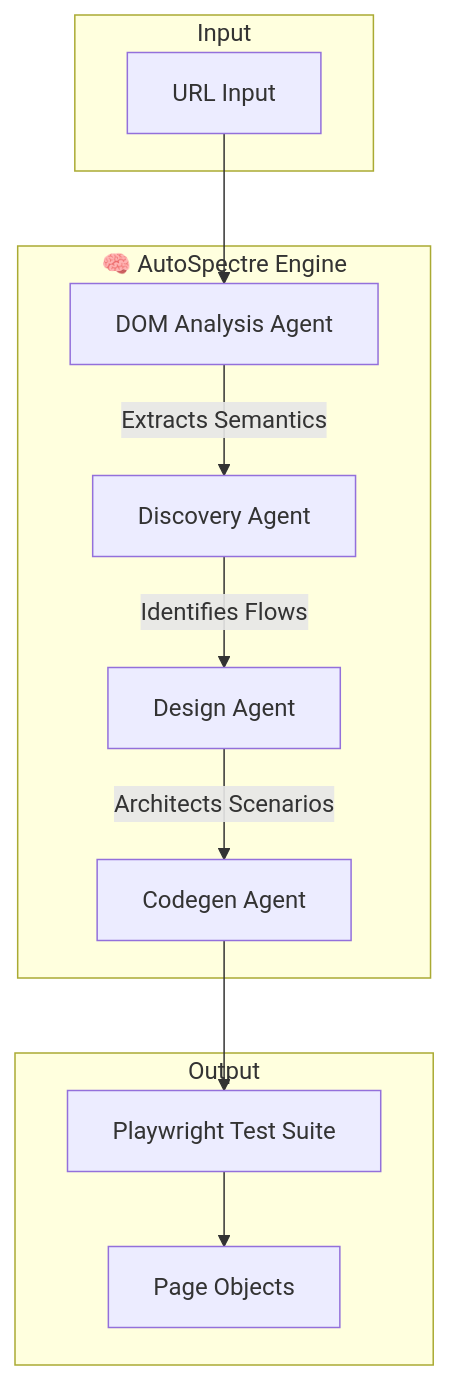
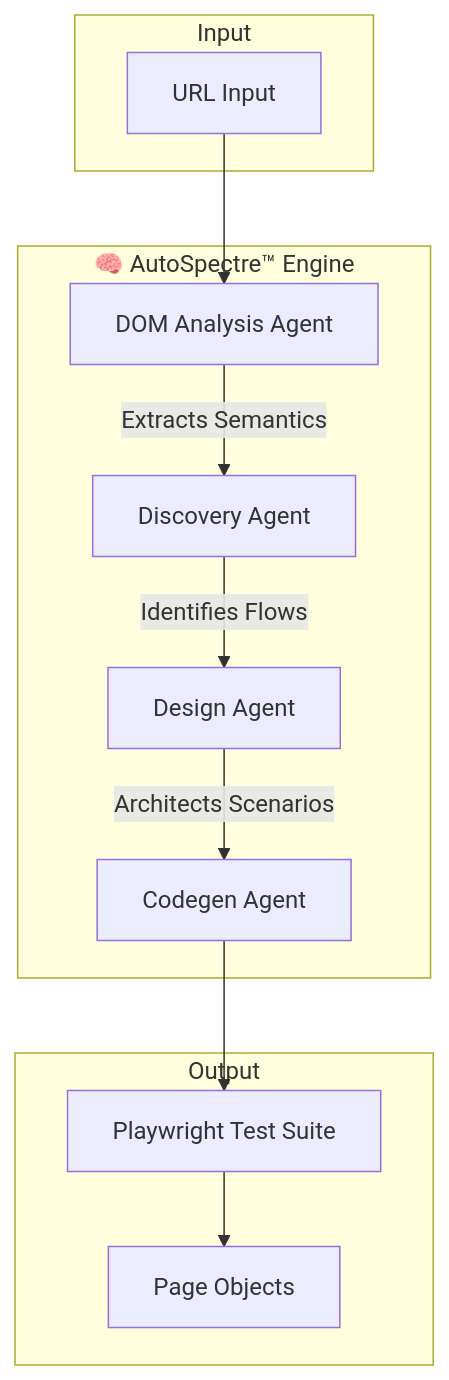
One commit to Mukuldev21/AutoSpectre changed the diagram in README.md. Above: the diagram before and after it, drawn with Mermaid. The commit also changed other lines of this file, not shown here.

````diff
--- a/README.md
+++ b/README.md
@@ -48,19 +44,19 @@
 ```mermaid
 flowchart TD
     subgraph Input
     A[URL Input]
     end
 
-    subgraph Core_Engine ["🧠 AutoSpectre Engine"]
+    subgraph Core_Engine ["🧠 AutoSpectre™ Engine"]
     B[DOM Analysis Agent] -->|Extracts Semantics| C[Discovery Agent]
     C -->|Identifies Flows| D[Design Agent]
     D -->|Architects Scenarios| E[Codegen Agent]
     end
 
     subgraph Output
     E --> F[Playwright Test Suite]
     F --> G[Page Objects]
     end
 
     A --> B
 ```
````
